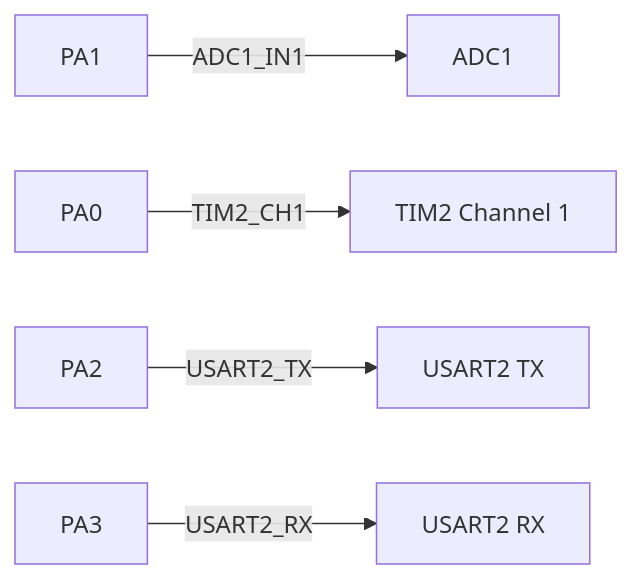
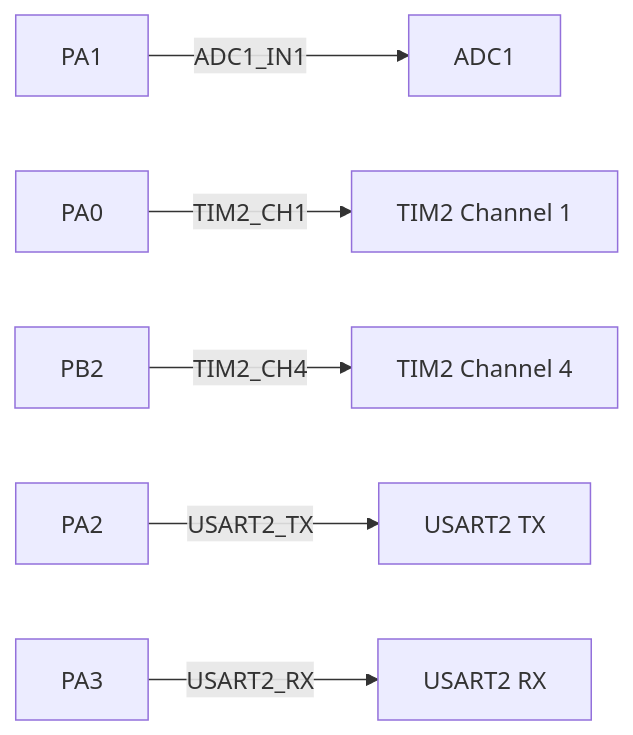
The second of 2 diagrams in README.md (ebrahimabdelghfar/Servo_Control_STM32F445RE), drawn with Mermaid before and after one commit.

Commit message:
[ADJUST] README.md

````diff
--- a/README.md
+++ b/README.md
@@ -97,7 +97,8 @@
 ```mermaid
 flowchart LR
     PA1[PA1] -->|ADC1_IN1| ADC[ADC1]
-    PA0[PA0] -->|TIM2_CH1| PWM[TIM2 Channel 1]
+    PA0[PA0] -->|TIM2_CH1| PWM1[TIM2 Channel 1]
+    PB2[PB2] -->|TIM2_CH4| PWM4[TIM2 Channel 4]
     PA2[PA2] -->|USART2_TX| UART_TX[USART2 TX]
     PA3[PA3] -->|USART2_RX| UART_RX[USART2 RX]
 ```
````
